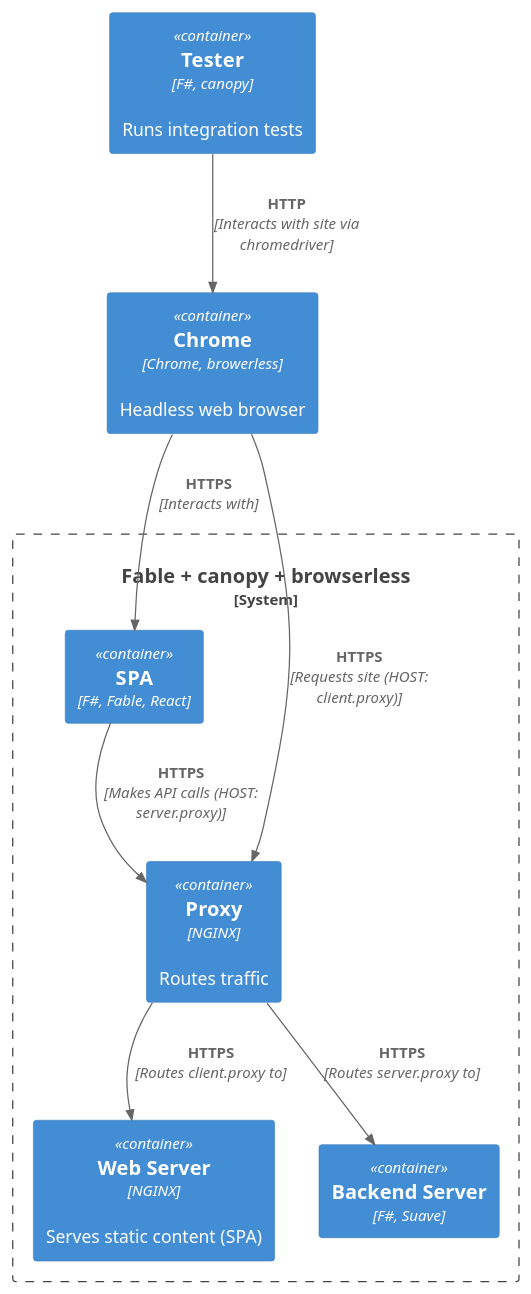
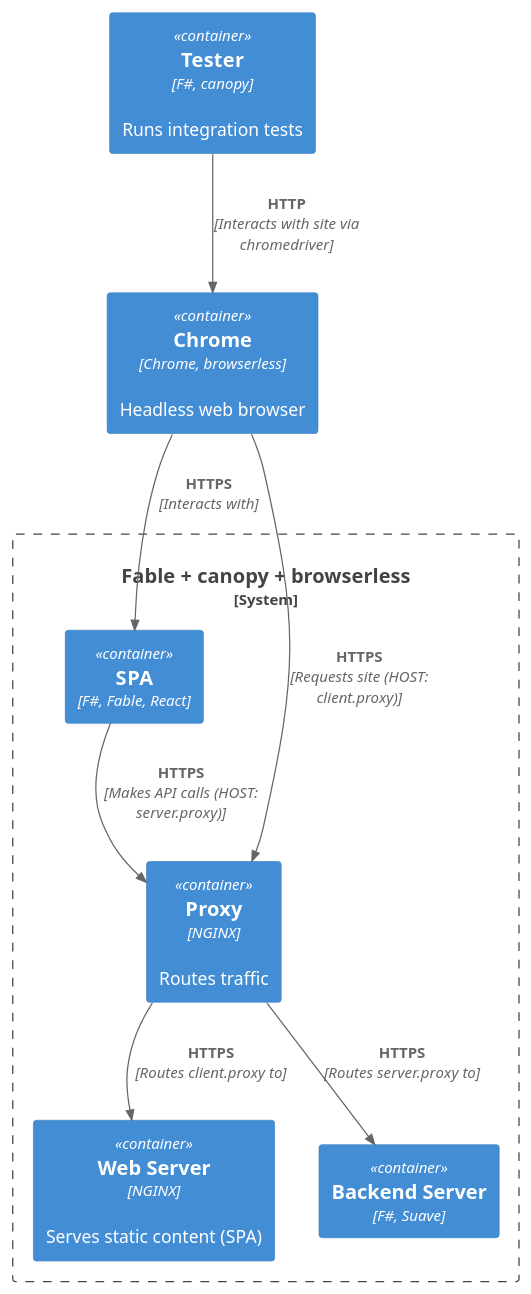
The diagram in etc/diagrams/src/context.puml (ameier38/fable-canopy-browserless), drawn with PlantUML before and after one commit. The commit also changed 2 other files, not shown here.

```diff
--- a/etc/diagrams/src/context.puml
+++ b/etc/diagrams/src/context.puml
@@ -1,20 +1,20 @@
 @startuml system
 !includeurl https://raw.githubusercontent.com/plantuml-stdlib/C4-PlantUML/master/C4_Container.puml
 
 Container(tester, "Tester", "F#, canopy", "Runs integration tests")
-Container(chrome, "Chrome", "Chrome, browerless", "Headless web browser")
+Container(chrome, "Chrome", "Chrome, browserless", "Headless web browser")
 System_Boundary(system, "Fable + canopy + browserless") {
     Container(web_server, "Web Server", "NGINX", "Serves static content (SPA)")
     Container(spa, "SPA", "F#, Fable, React")
     Container(proxy, "Proxy", "NGINX", "Routes traffic")
     Container(backend, "Backend Server", "F#, Suave")
 }
 Rel(tester, chrome, "HTTP", "Interacts with site via chromedriver")
 Rel(chrome, proxy, "HTTPS", "Requests site (HOST: client.proxy)")
 Rel(chrome, spa, "HTTPS", "Interacts with")
 Rel(proxy, web_server, "HTTPS", "Routes client.proxy to")
 Rel(proxy, backend, "HTTPS", "Routes server.proxy to")
 Rel(spa, proxy, "HTTPS", "Makes API calls (HOST: server.proxy)")
 
 
 @enduml
```
